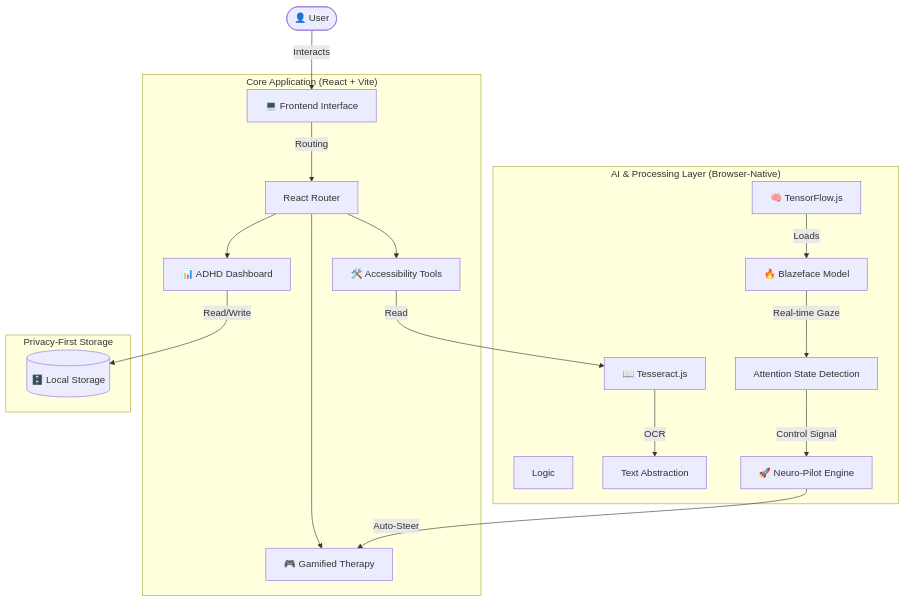
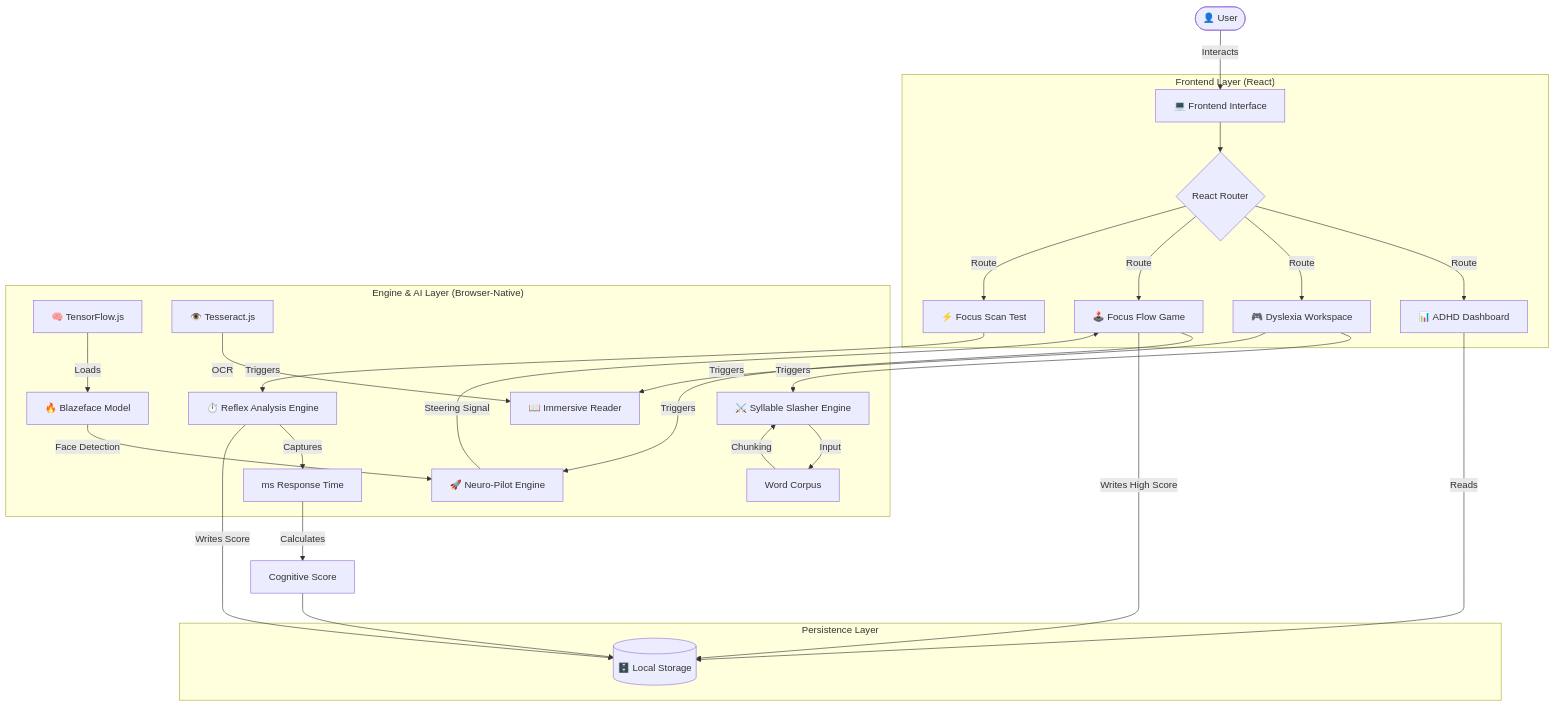
The diagram in README.md (yashsrivastava1408/lock-focus-hackathon), drawn with Mermaid before and after one commit.

Commit message:
readme improvement

````diff
--- a/README.md
+++ b/README.md
@@ -12,28 +12,48 @@
 ```mermaid
 graph TD
+    %% Actors
     User([👤 User]) -->|Interacts| UI[💻 Frontend Interface]
-    
-    subgraph "Core Application (React + Vite)"
-        UI -->|Routing| Router[React Router]
-        Router --> Dashboard[📊 ADHD Dashboard]
-        Router --> Games[🎮 Gamified Therapy]
-        Router --> Tools[🛠️ Accessibility Tools]
+
+    %% Frontend Layer
+    subgraph "Frontend Layer (React)"
+        UI --> Router{React Router}
+        Router -->|Route| P1[📊 ADHD Dashboard]
+        Router -->|Route| P2[🎮 Dyslexia Workspace]
+        Router -->|Route| P3[🕹️ Focus Flow Game]
+        Router -->|Route| P4[⚡ Focus Scan Test]
     end
 
-    subgraph "AI & Processing Layer (Browser-Native)"
-        Direction[Logic]
+    %% Logic & Engine Layer
+    subgraph "Engine & AI Layer (Browser-Native)"
+        %% Neuro-Pilot Engine
+        P3 -->|Triggers| NP_Engine[🚀 Neuro-Pilot Engine]
         TF[🧠 TensorFlow.js] -->|Loads| Blaze[🔥 Blazeface Model]
-        Tess[📖 Tesseract.js] -->|OCR| TextProcess[Text Abstraction]
+        Blaze -->|Face Detection| NP_Engine
+        NP_Engine -->|Steering Signal| P3
+
+        %% Focus Scan Engine
+        P4 -->|Triggers| Reflex[⏱️ Reflex Analysis Engine]
+        Reflex -->|Captures| Milliseconds[ms Response Time]
+
+        %% Dyslexia Engine
+        P2 -->|Triggers| Syllable[⚔️ Syllable Slasher Engine]
+        Syllable -->|Input| WordData[Word Corpus]
+        WordData -->|Chunking| Syllable
         
-        Blaze -->|Real-time Gaze| Attn[Attention State Detection]
-        Attn -->|Control Signal| NeuroPilot[🚀 Neuro-Pilot Engine]
+        %% Immersive Reader
+        P2 -->|Triggers| Reader[📖 Immersive Reader]
+        Tess[👁️ Tesseract.js] -->|OCR| Reader
     end
 
-    subgraph "Privacy-First Storage"
+    %% Data Layer
+    subgraph "Persistence Layer"
         Store[(🗄️ Local Storage)]
+        P1 -->|Reads| Store
+        Reflex -->|Writes Score| Store
+        P3 -->|Writes High Score| Store
     end
 
-    NeuroPilot -->|Auto-Steer| Games
-    Dashboard -->|Read/Write| Store
-    Tools -->|Read| Tess
+    %% Flow Connections
+    Milliseconds -->|Calculates| Score[Cognitive Score]
+    Score --> Store
 ```
````
